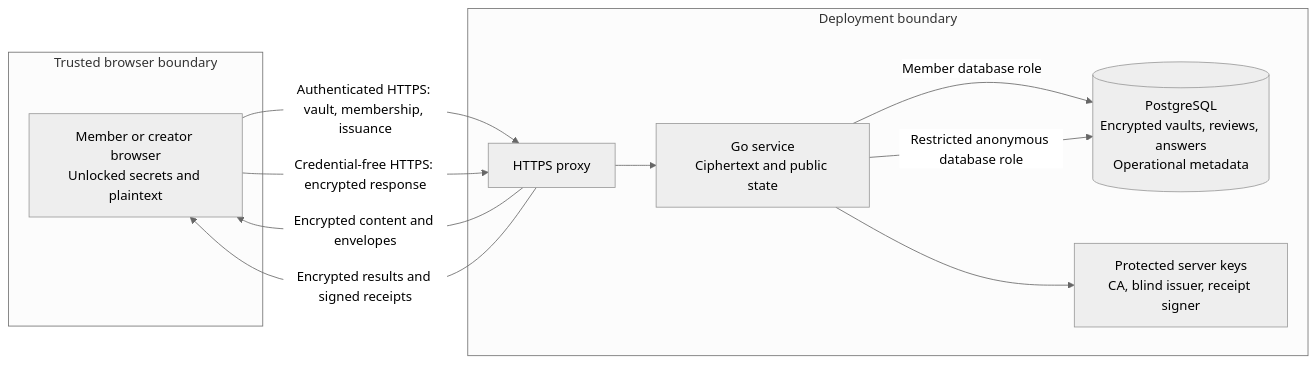
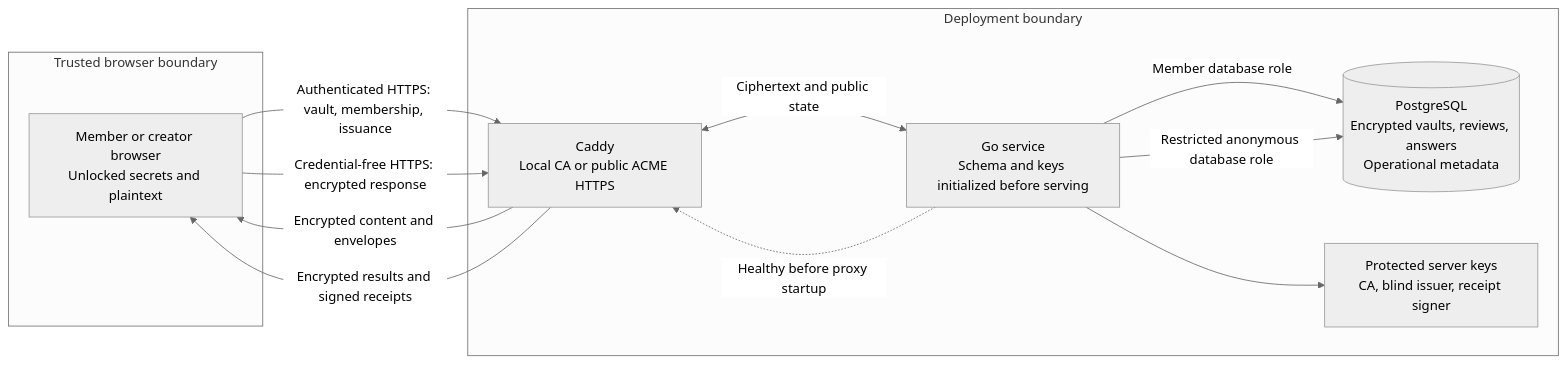
One commit to mandipnotroot/anonce-platform changed the diagram in README.md. Above: the diagram before and after it, drawn with Mermaid (neutral theme). The commit also changed 6 other files, not shown here.

Commit message:
docs: remove stale guidance and update architecture diagrams

````diff
--- a/README.md
+++ b/README.md
@@ -51,22 +51,23 @@
 ```mermaid
 flowchart LR
 accTitle: Anonce deployment trust boundaries
-accDescr: Browser-held plaintext and private keys connect through HTTPS to a service that stores encrypted data and metadata. Server signing keys stay separate.
+accDescr: Browser-held plaintext and private keys connect through one Caddy configuration using local or public HTTPS. The Go service initializes its schema and keys before serving and checks both database roles for readiness. Server signing keys stay separate.
     subgraph Client[Trusted browser boundary]
         Browser[Member or creator browser<br/>Unlocked secrets and plaintext]
     end
     subgraph Service[Deployment boundary]
-        Proxy[HTTPS proxy]
-        App[Go service<br/>Ciphertext and public state]
+        Proxy[Caddy<br/>Local CA or public ACME HTTPS]
+        App[Go service<br/>Schema and keys initialized before serving]
         DB[(PostgreSQL<br/>Encrypted vaults, reviews, answers<br/>Operational metadata)]
         Keys[Protected server keys<br/>CA, blind issuer, receipt signer]
-        Proxy --> App
+        Proxy <-->|Ciphertext and public state| App
+        App -.->|Healthy before proxy startup| Proxy
         App -->|Member database role| DB
         App -->|Restricted anonymous database role| DB
         App --> Keys
     end
     Browser -->|Authenticated HTTPS: vault, membership, issuance| Proxy
     Browser -->|Credential-free HTTPS: encrypted response| Proxy
     Proxy -->|Encrypted content and envelopes| Browser
     Proxy -->|Encrypted results and signed receipts| Browser
 ```
````
